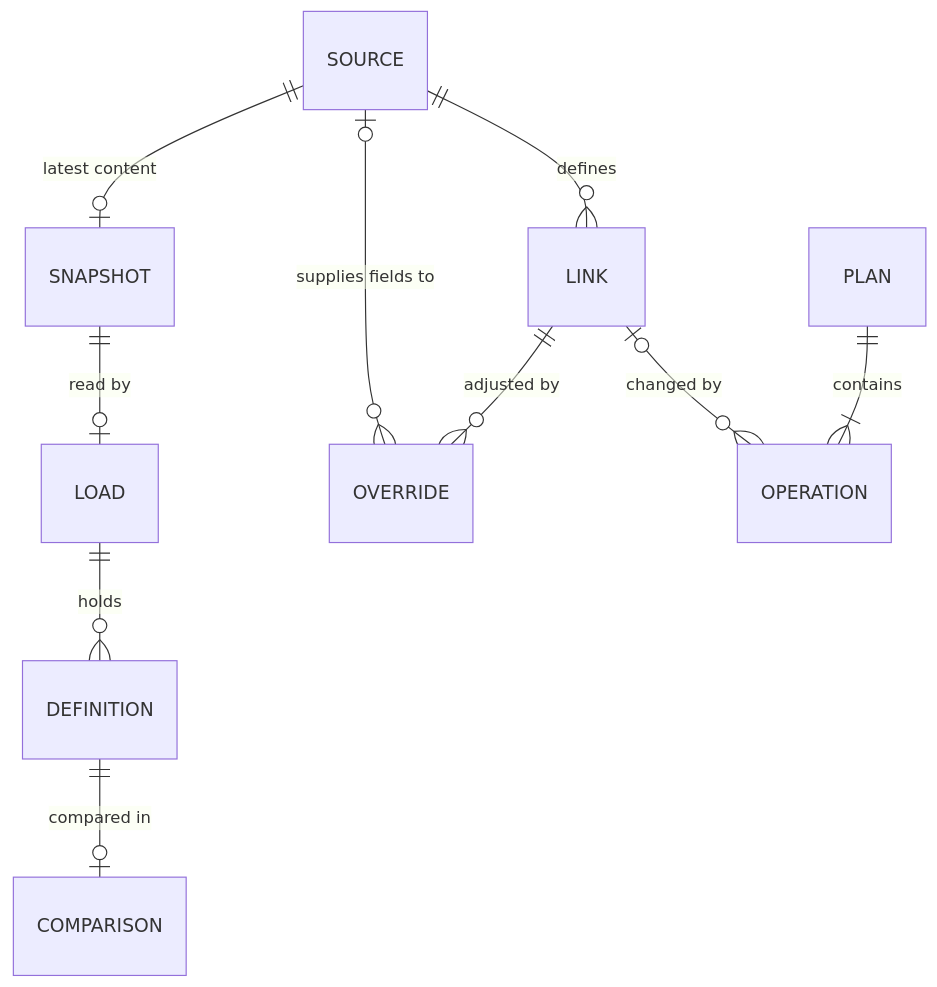
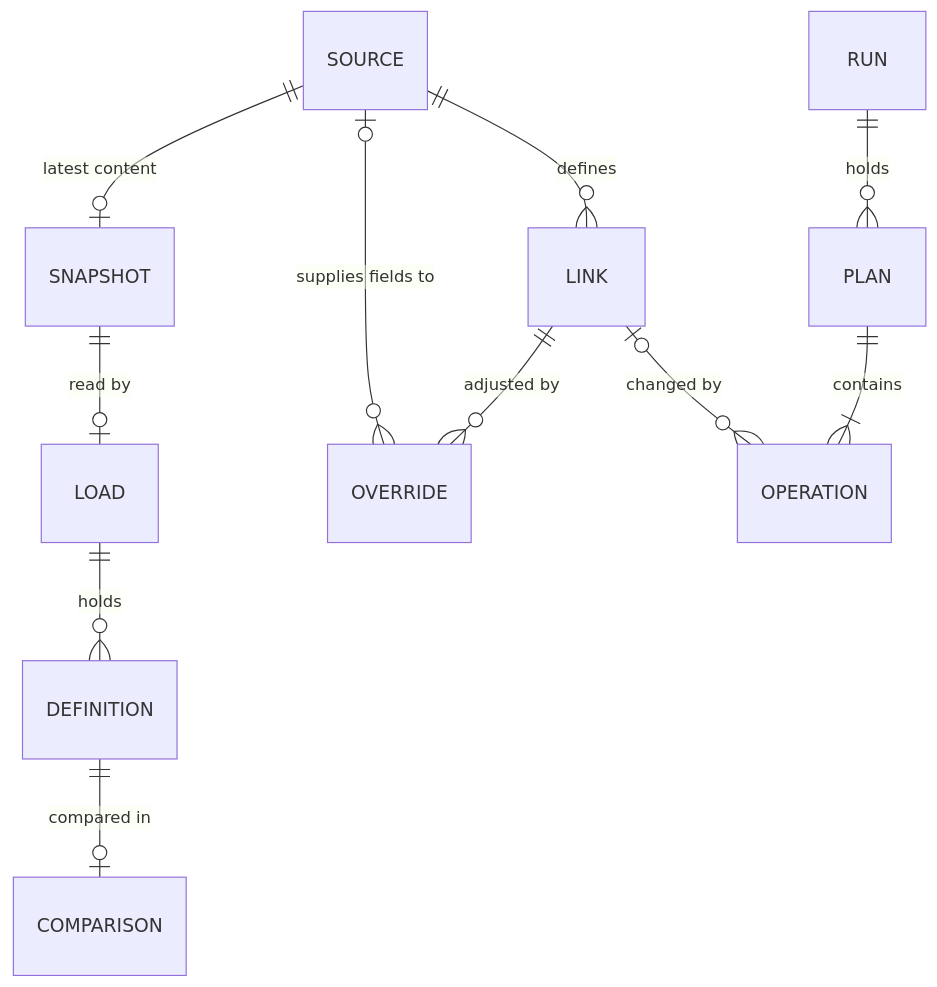
Before and after one commit to zeddD1abl0/netbox-trueup-ai: the fifth of 10 diagrams in docs/architecture.md, drawn with Mermaid. The commit also changed other lines of this file and 5 other files, not shown here.

First line of the commit message:
docs(roadmap): plan milestone 2 (#34)

````diff
--- a/docs/architecture.md
+++ b/docs/architecture.md
@@ -332,12 +339,13 @@
 ```mermaid
 erDiagram
     SOURCE ||--o| SNAPSHOT : "latest content"
     SNAPSHOT ||--o| LOAD : "read by"
     LOAD ||--o{ DEFINITION : "holds"
     DEFINITION ||--o| COMPARISON : "compared in"
     SOURCE ||--o{ LINK : "defines"
     LINK ||--o{ OVERRIDE : "adjusted by"
     SOURCE |o--o{ OVERRIDE : "supplies fields to"
+    RUN ||--o{ PLAN : "holds"
     PLAN ||--|{ OPERATION : "contains"
     LINK |o--o{ OPERATION : "changed by"
 ```
````
